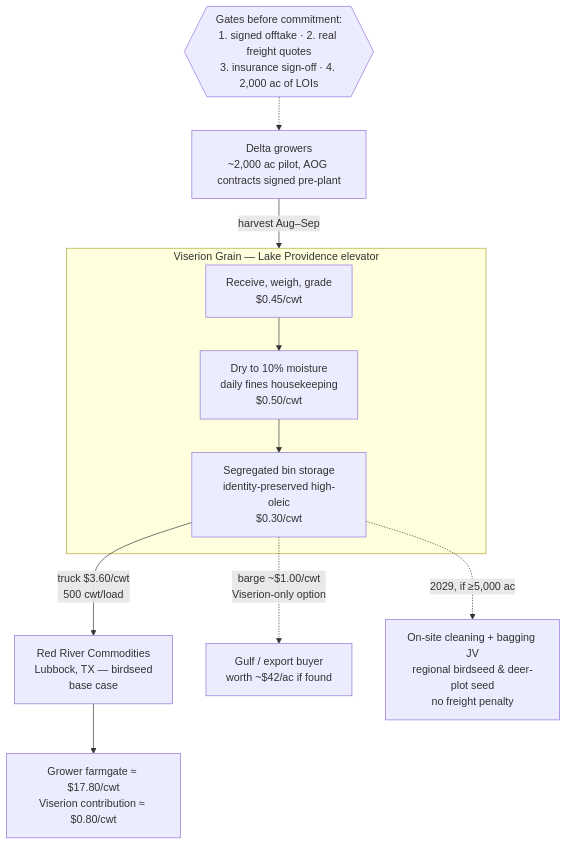
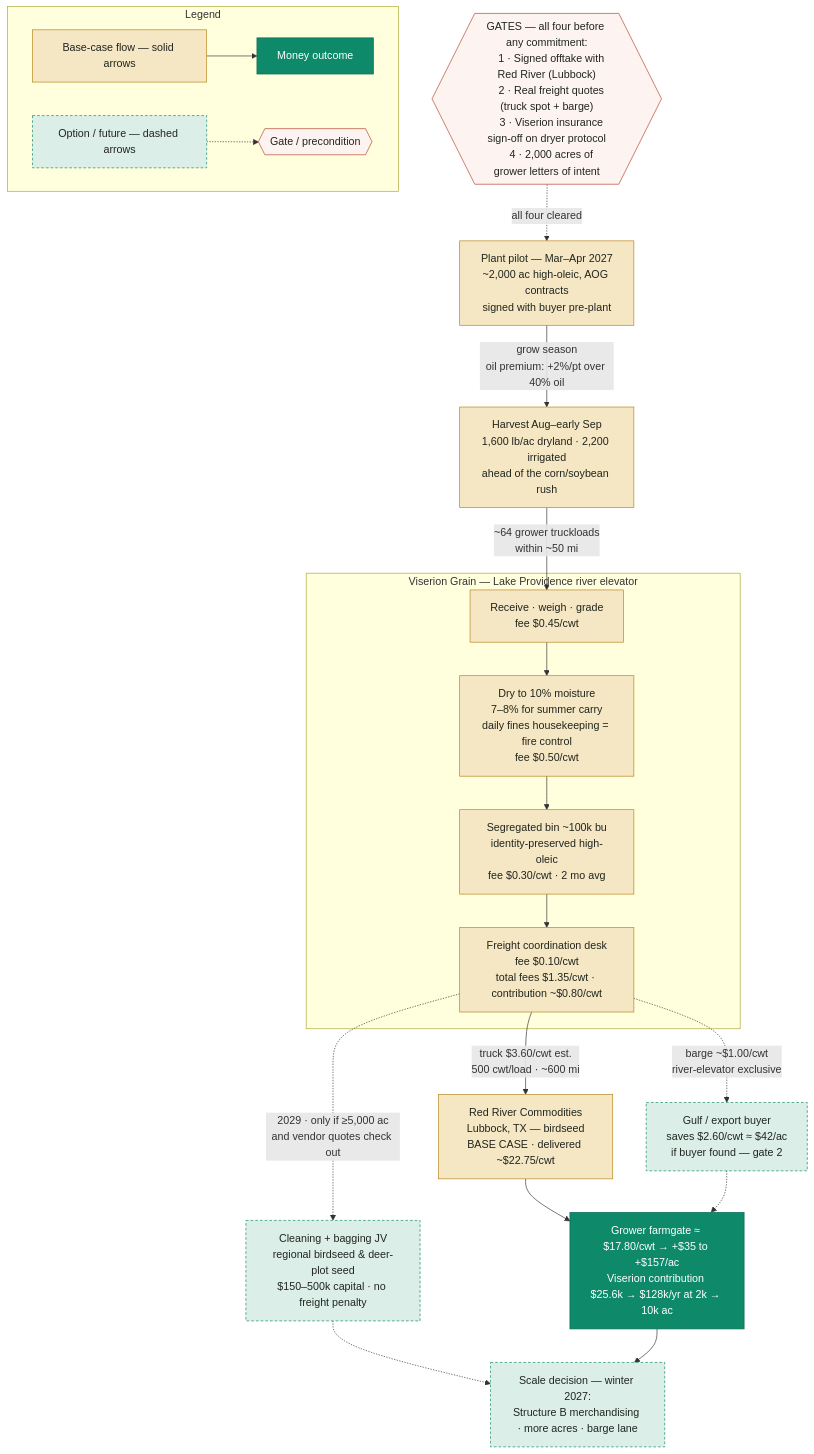
The diagram in README.md (wbp318/sunflowers_2027), drawn with Mermaid before and after one commit.

Commit message:
Expand README program flowchart with legend, gates, and full fee/outcome detail

````diff
--- a/README.md
+++ b/README.md
@@ -13,17 +13,40 @@
 ```mermaid
 flowchart TD
-    G[Delta growers<br/>~2,000 ac pilot, AOG contracts signed pre-plant] -->|harvest Aug–Sep| V
-
-    subgraph V[Viserion Grain — Lake Providence elevator]
-        R[Receive, weigh, grade<br/>$0.45/cwt] --> D[Dry to 10% moisture<br/>daily fines housekeeping<br/>$0.50/cwt]
-        D --> S[Segregated bin storage<br/>identity-preserved high-oleic<br/>$0.30/cwt]
+    subgraph LEGEND[Legend]
+        direction LR
+        LG1[Base-case flow — solid arrows]:::base --> LG2[Money outcome]:::money
+        LG3[Option / future — dashed arrows]:::opt -.-> LG4{{Gate / precondition}}:::gate
     end
 
-    S -->|truck $3.60/cwt<br/>500 cwt/load| L[Red River Commodities<br/>Lubbock, TX — birdseed<br/>base case]
-    S -.->|barge ~$1.00/cwt<br/>Viserion-only option| N[Gulf / export buyer<br/>worth ~$42/ac if found]
-    S -.->|2029, if ≥5,000 ac| C[On-site cleaning + bagging JV<br/>regional birdseed & deer-plot seed<br/>no freight penalty]
+    GATES{{"GATES — all four before any commitment:
+    1 · Signed offtake with Red River (Lubbock)
+    2 · Real freight quotes (truck spot + barge)
+    3 · Viserion insurance sign-off on dryer protocol
+    4 · 2,000 acres of grower letters of intent"}}:::gate
 
-    L --> P[Grower farmgate ≈ $17.80/cwt<br/>Viserion contribution ≈ $0.80/cwt]
+    GATES -.->|all four cleared| PLANT
 
-    GATES{{Gates before commitment:<br/>1. signed offtake · 2. real freight quotes<br/>3. insurance sign-off · 4. 2,000 ac of LOIs}} -.-> G
+    PLANT[Plant pilot — Mar–Apr 2027<br/>~2,000 ac high-oleic, AOG contracts<br/>signed with buyer pre-plant]:::base
+    PLANT -->|grow season<br/>oil premium: +2%/pt over 40% oil| H[Harvest Aug–early Sep<br/>1,600 lb/ac dryland · 2,200 irrigated<br/>ahead of the corn/soybean rush]:::base
+    H -->|~64 grower truckloads<br/>within ~50 mi| REC
+
+    subgraph V[Viserion Grain — Lake Providence river elevator]
+        REC[Receive · weigh · grade<br/>fee $0.45/cwt]:::base --> DRY[Dry to 10% moisture<br/>7–8% for summer carry<br/>daily fines housekeeping = fire control<br/>fee $0.50/cwt]:::base
+        DRY --> STO[Segregated bin ~100k bu<br/>identity-preserved high-oleic<br/>fee $0.30/cwt · 2 mo avg]:::base
+        STO --> MER[Freight coordination desk<br/>fee $0.10/cwt<br/>total fees $1.35/cwt · contribution ~$0.80/cwt]:::base
+    end
+
+    MER -->|truck $3.60/cwt est.<br/>500 cwt/load · ~600 mi| LUB[Red River Commodities<br/>Lubbock, TX — birdseed<br/>BASE CASE · delivered ~$22.75/cwt]:::base
+    MER -.->|barge ~$1.00/cwt<br/>river-elevator exclusive| GULF[Gulf / export buyer<br/>saves $2.60/cwt ≈ $42/ac<br/>if buyer found — gate 2]:::opt
+    MER -.->|2029 · only if ≥5,000 ac<br/>and vendor quotes check out| JV[Cleaning + bagging JV<br/>regional birdseed & deer-plot seed<br/>$150–500k capital · no freight penalty]:::opt
+
+    LUB --> OUT[Grower farmgate ≈ $17.80/cwt → +$35 to +$157/ac<br/>Viserion contribution $25.6k → $128k/yr at 2k → 10k ac]:::money
+    GULF -.-> OUT
+    JV -.-> SCALE[Scale decision — winter 2027:<br/>Structure B merchandising · more acres · barge lane]:::opt
+    OUT --> SCALE
+
+    classDef base fill:#f5e6c4,stroke:#b8841c,color:#20261f
+    classDef opt fill:#dceee8,stroke:#0e8a6b,color:#20261f,stroke-dasharray:4 3
+    classDef money fill:#0e8a6b,stroke:#0a6b53,color:#ffffff
+    classDef gate fill:#fdf3f0,stroke:#b4452e,color:#20261f
 ```
````
